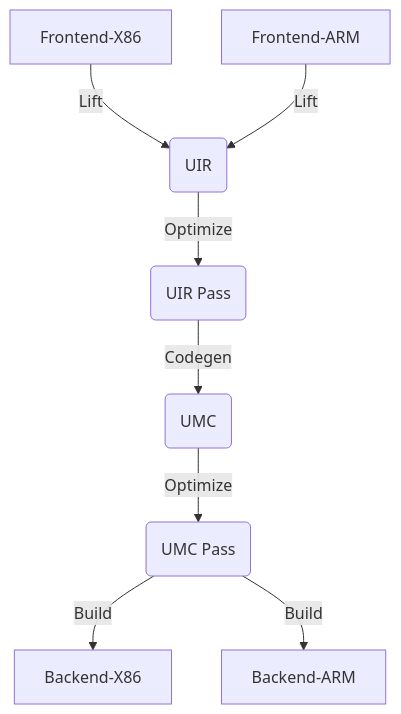
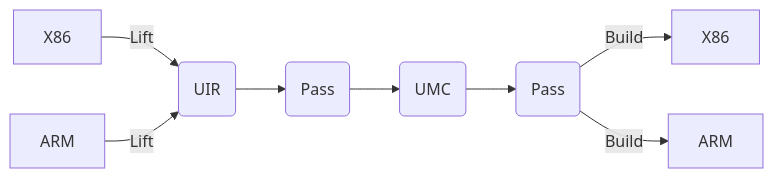
Before and after one commit to NewWorldComingSoon/UnknownRebuilder: the diagram in README.md, drawn with Mermaid.

````diff
--- a/README.md
+++ b/README.md
@@ -8,14 +8,14 @@
 ```mermaid
-graph TB
+graph LR
 
-A1[Frontend-X86] -->|Lift| B(UIR)
-A2[Frontend-ARM] -->|Lift| B(UIR)
+A1[X86] -->|Lift| B(UIR)
+A2[ARM] -->|Lift| B(UIR)
 
-B -->|Optimize| C(UIR Pass)
-C -->|Codegen| D(UMC)
-D -->|Optimize| E(UMC Pass)
+B -->C(Pass)
+C -->D(UMC)
+D -->E(Pass)
 
-E -->|Build| F1[Backend-X86]
-E -->|Build| F2[Backend-ARM]
+E -->|Build| F1[X86]
+E -->|Build| F2[ARM]
 
 ```
````
